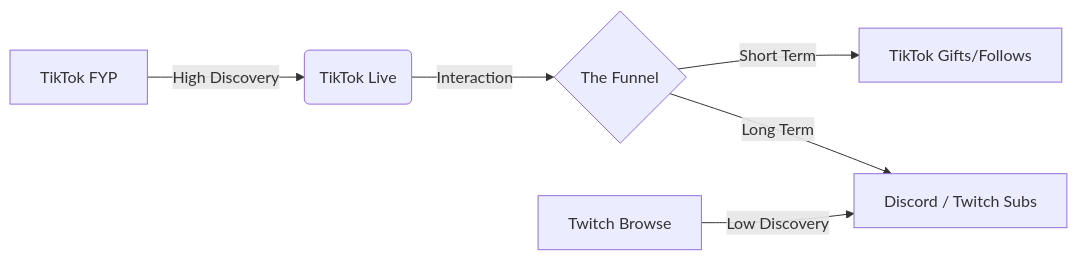
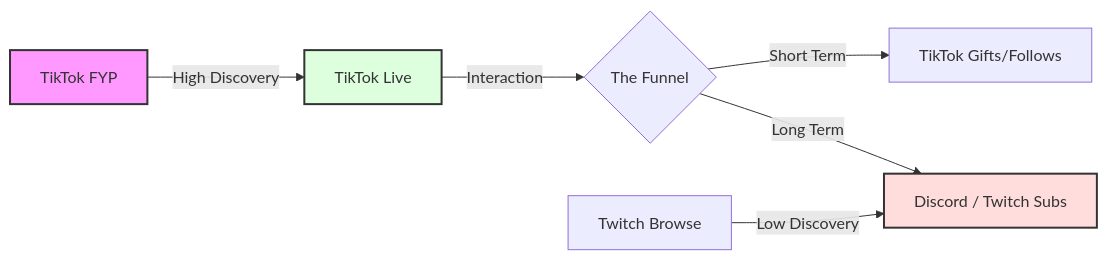
The diagram in data/blog/is-tiktok-live-worth-it-for-gamers-2025.mdx (littl3-boat/ttwise), drawn with Mermaid before and after one commit. The commit also changed 68 other files, not shown here.

Commit message:
feat: fix Mermaid syntax across blogs and add new posts for quality penalty and empty view trap

````diff
--- a/data/blog/is-tiktok-live-worth-it-for-gamers-2025.mdx
+++ b/data/blog/is-tiktok-live-worth-it-for-gamers-2025.mdx
@@ -73,8 +73,12 @@
 ```mermaid
 graph LR
-    A[TikTok FYP] -->|High Discovery| B(TikTok Live)
-    B -->|Interaction| C{The Funnel}
-    C -->|Short Term| D[TikTok Gifts/Follows]
-    C -->|Long Term| E[Discord / Twitch Subs]
-    F[Twitch Browse] -->|Low Discovery| E
+    A["TikTok FYP"] -->|"High Discovery"| B["TikTok Live"]
+    B -->|"Interaction"| C{"The Funnel"}
+    C -->|"Short Term"| D["TikTok Gifts/Follows"]
+    C -->|"Long Term"| E["Discord / Twitch Subs"]
+    F["Twitch Browse"] -->|"Low Discovery"| E
+
+    style A fill:#f9f,stroke:#333,stroke-width:2px
+    style B fill:#dfd,stroke:#333,stroke-width:2px
+    style E fill:#fdd,stroke:#333,stroke-width:2px
 ```
````
